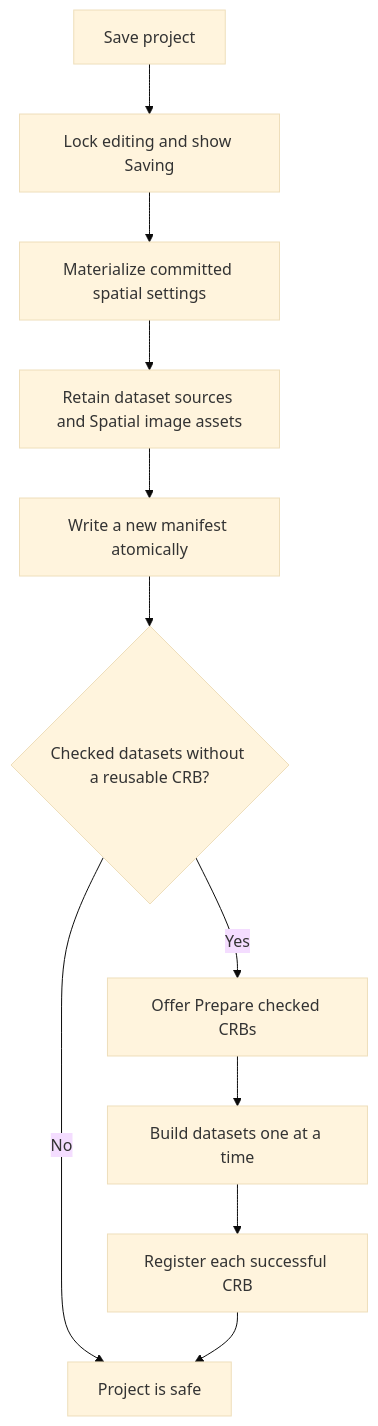
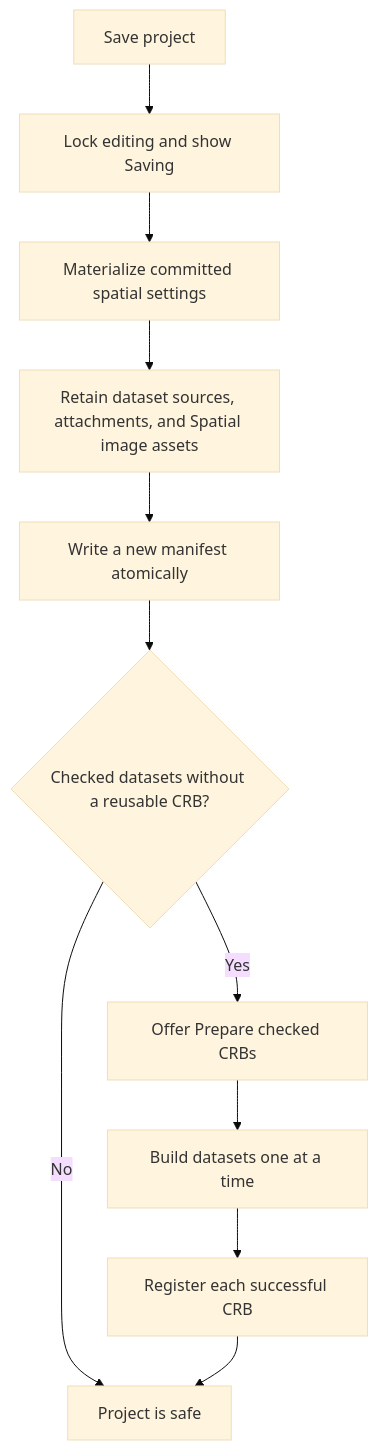
Before and after one commit to duocang/CerebroNexus: the second of 5 diagrams in docs/builder-projects.md, drawn with Mermaid (base theme). The commit also changed other lines of this file and 27 other files, not shown here.

````diff
--- a/docs/builder-projects.md
+++ b/docs/builder-projects.md
@@ -120,13 +123,13 @@
 ```mermaid
 flowchart TD
     A[Save project] --> L[Lock editing and show Saving]
     L --> B[Materialize committed spatial settings]
-    B --> C[Retain dataset sources and Spatial image assets]
+    B --> C[Retain dataset sources, attachments, and Spatial image assets]
     C --> D[Write a new manifest atomically]
     D --> E{Checked datasets without a reusable CRB?}
     E -- No --> F[Project is safe]
     E -- Yes --> G[Offer Prepare checked CRBs]
     G --> H[Build datasets one at a time]
     H --> I[Register each successful CRB]
     I --> F
 ```
````
